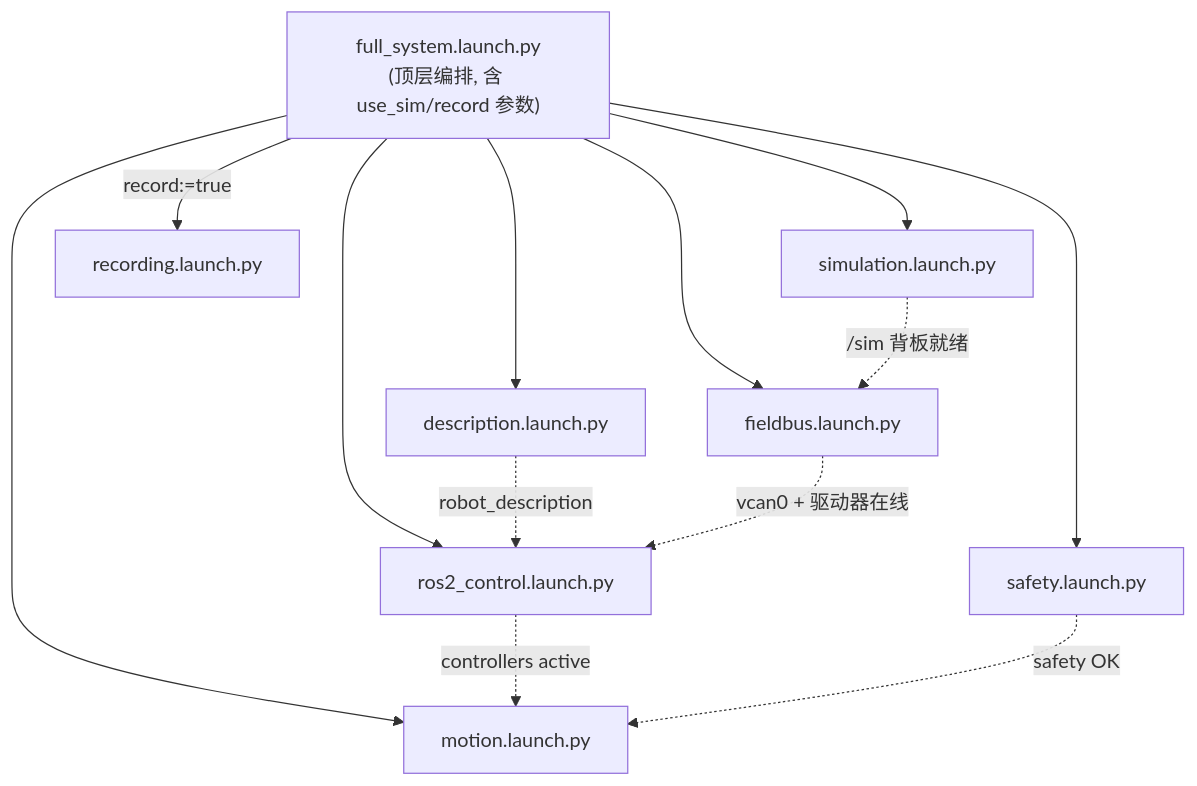
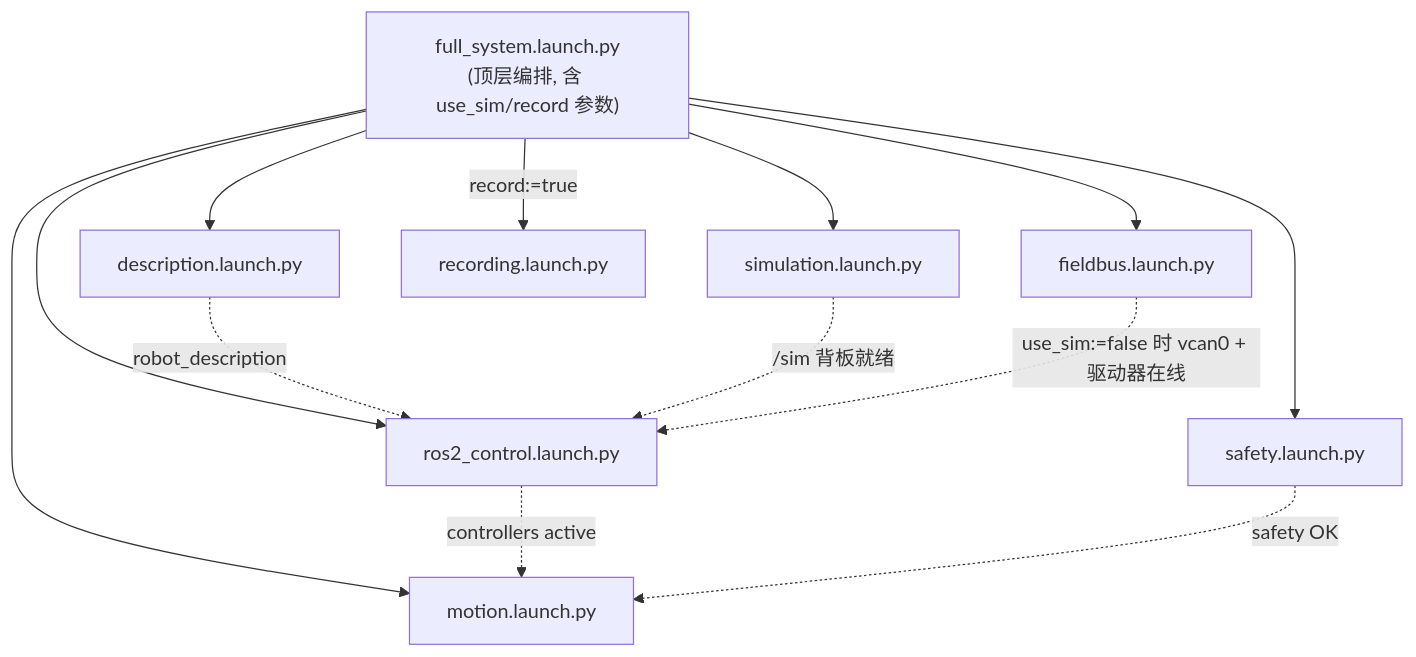
The fourth of 5 diagrams in docs/ARCHITECTURE_V2.md (inayina/ros2-arm-teleoperation-suite), drawn with Mermaid before and after one commit. The commit also changed other lines of this file and 5 other files, not shown here.

````diff
--- a/docs/ARCHITECTURE_V2.md
+++ b/docs/ARCHITECTURE_V2.md
@@ -379,25 +381,25 @@
 ```mermaid
 flowchart TB
     FULL["full_system.launch.py<br/>(顶层编排, 含 use_sim/record 参数)"]
     DESC["description.launch.py"]
     RC["ros2_control.launch.py"]
     FB["fieldbus.launch.py"]
     SIM["simulation.launch.py"]
     MO["motion.launch.py"]
     SAF["safety.launch.py"]
     REC["recording.launch.py"]
 
     FULL --> DESC
     FULL --> SIM
     FULL --> FB
     FULL --> RC
     FULL --> SAF
     FULL --> MO
     FULL -->|"record:=true"| REC
 
     DESC -.->|robot_description| RC
-    SIM -.->|/sim 背板就绪| FB
-    FB -.->|vcan0 + 驱动器在线| RC
+    SIM -.->|/sim 背板就绪| RC
+    FB -.->|use_sim:=false 时 vcan0 + 驱动器在线| RC
     RC -.->|controllers active| MO
     SAF -.->|safety OK| MO
 ```
````
